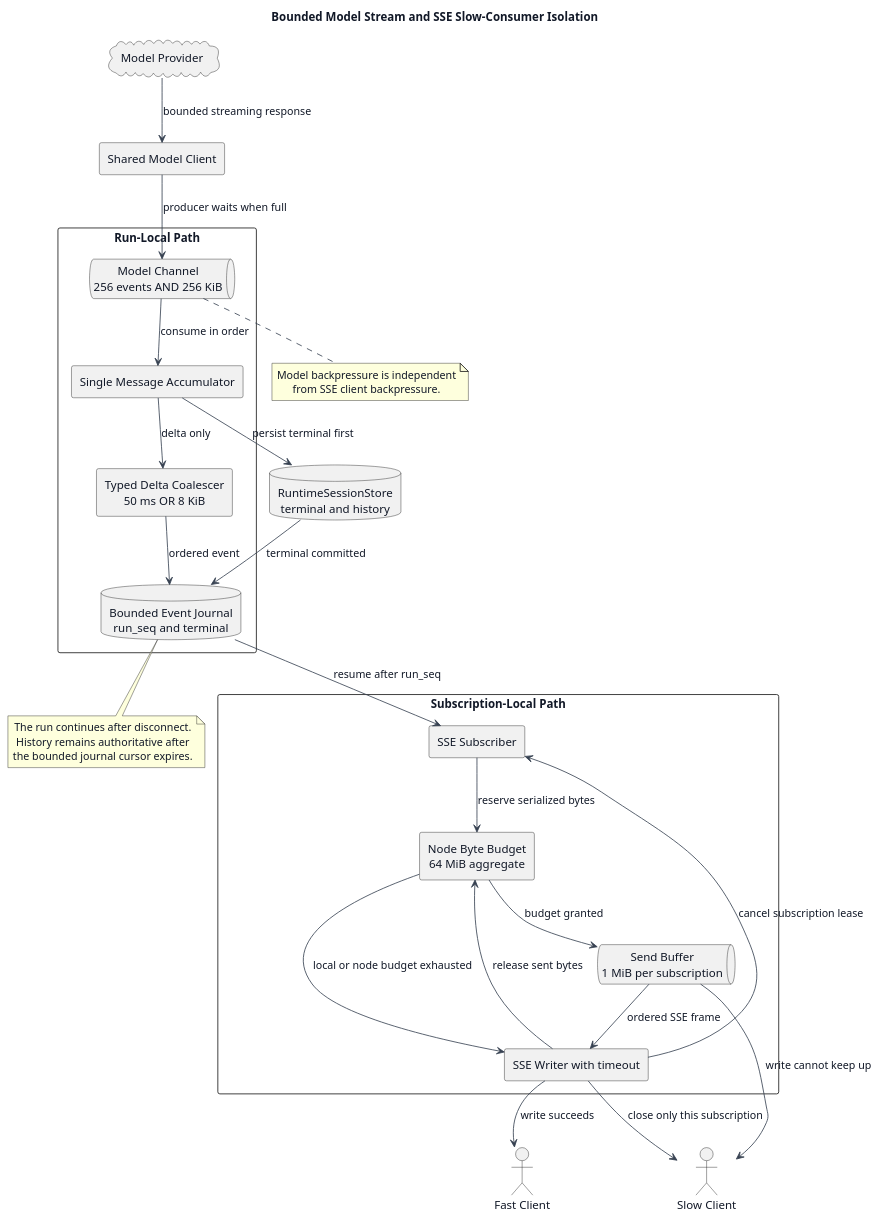
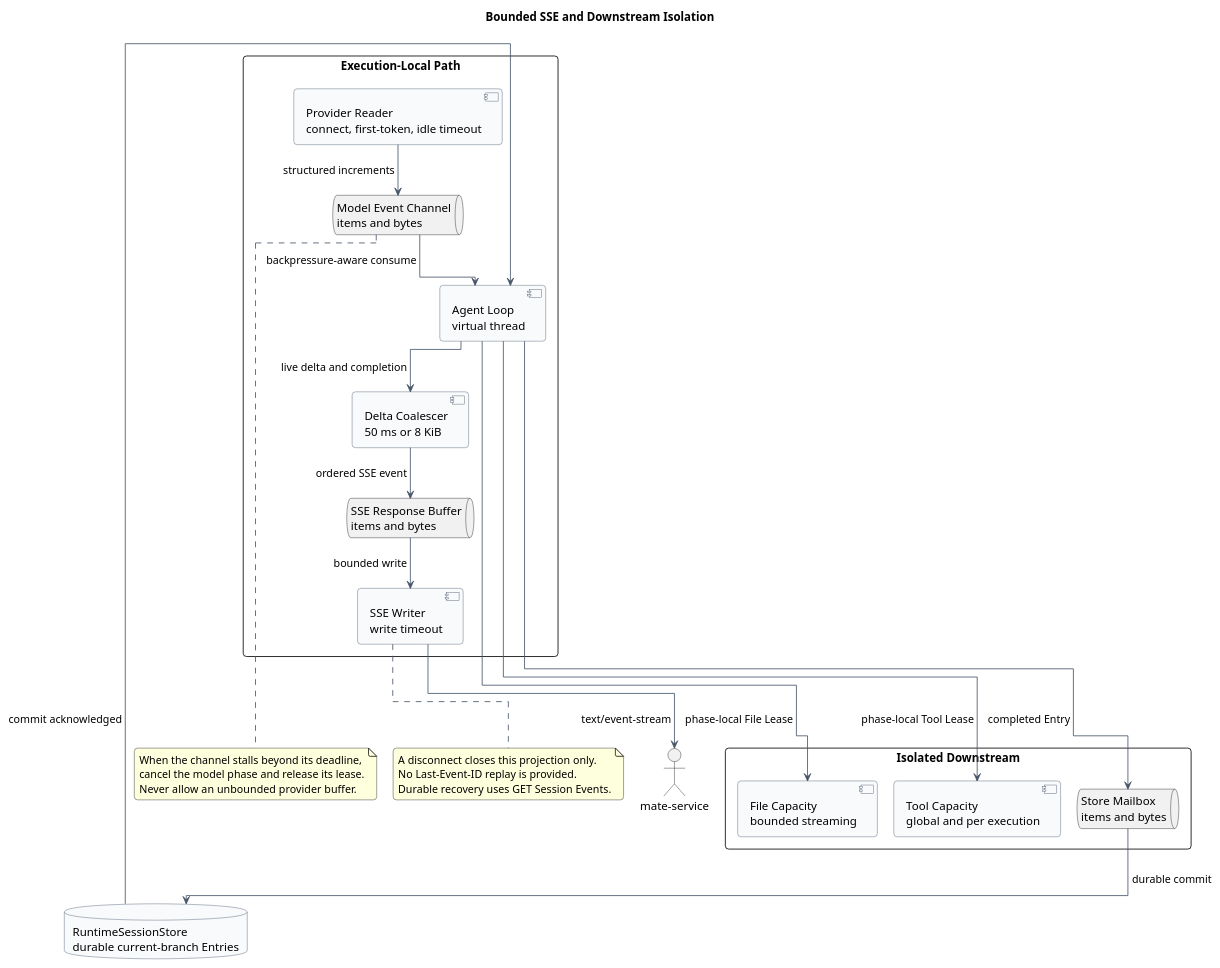
Before and after one commit to ssm0808/pi-mono-java-design: the third of 3 diagrams in virtual-thread-concurrency-management/diagram.puml, drawn with PlantUML. The commit also changed other lines of this file and 61 other files, not shown here.

```diff
--- a/virtual-thread-concurrency-management/diagram.puml
+++ b/virtual-thread-concurrency-management/diagram.puml
@@ -172,62 +160,62 @@
 @startuml bounded_sse_and_downstream
-title Bounded Model Stream and SSE Slow-Consumer Isolation
+!pragma layout elk
+title Bounded SSE and Downstream Isolation
+
+' Source evidence:
+' modules/agent-core/src/main/java/com/campusclaw/agent/loop/AgentLoop.java, consumeStream
+' modules/ai/src/main/java/com/campusclaw/ai/stream/EventStream.java, unicast backpressure buffer
+' Observed behavior: model events are consumed as a blocking stream with a buffered sink.
+' Security hardening: every channel has explicit item and byte budgets and redacted failures.
+' Design reason: one slow response must not retain provider, tool, file, or store capacity forever.
 
 skinparam backgroundColor #FFFFFF
-skinparam defaultFontColor #111827
-skinparam componentStyle rectangle
 skinparam shadowing false
-skinparam defaultTextAlignment center
-skinparam ArrowColor #374151
+skinparam roundcorner 8
+skinparam ArrowColor #475569
+skinparam ComponentBorderColor #475569
+skinparam ComponentBackgroundColor #F8FAFC
+skinparam DatabaseBorderColor #475569
+skinparam DatabaseBackgroundColor #F8FAFC
 
-cloud "Model Provider" as provider
-component "Shared Model Client" as model_client
-
-rectangle "Run-Local Path" {
-  queue "Model Channel\n256 events AND 256 KiB" as model_channel
-  component "Single Message Accumulator" as accumulator
-  component "Typed Delta Coalescer\n50 ms OR 8 KiB" as coalescer
-  database "Bounded Event Journal\nrun_seq and terminal" as journal
+rectangle "Execution-Local Path" {
+  component "Provider Reader\nconnect, first-token, idle timeout" as provider
+  queue "Model Event Channel\nitems and bytes" as model_channel
+  component "Agent Loop\nvirtual thread" as loop
+  component "Delta Coalescer\n50 ms or 8 KiB" as coalescer
+  queue "SSE Response Buffer\nitems and bytes" as buffer
+  component "SSE Writer\nwrite timeout" as writer
 }
 
-rectangle "Subscription-Local Path" {
-  component "SSE Subscriber" as subscriber
-  queue "Send Buffer\n1 MiB per subscription" as send_buffer
-  component "Node Byte Budget\n64 MiB aggregate" as node_budget
-  component "SSE Writer with timeout" as writer
+rectangle "Isolated Downstream" {
+  component "Tool Capacity\nglobal and per execution" as tools
+  component "File Capacity\nbounded streaming" as files
+  queue "Store Mailbox\nitems and bytes" as mailbox
 }
 
-database "RuntimeSessionStore\nterminal and history" as store
-actor "Fast Client" as fast
-actor "Slow Client" as slow
+database "RuntimeSessionStore\ndurable current-branch Entries" as store
+actor "mate-service" as client
 
-provider --> model_client : bounded streaming response
-model_client --> model_channel : producer waits when full
-model_channel --> accumulator : consume in order
-accumulator --> coalescer : delta only
-coalescer --> journal : ordered event
-accumulator --> store : persist terminal first
-store --> journal : terminal committed
-
-journal --> subscriber : resume after run_seq
-subscriber --> node_budget : reserve serialized bytes
-node_budget --> send_buffer : budget granted
-send_buffer --> writer : ordered SSE frame
-writer --> fast : write succeeds
-writer --> node_budget : release sent bytes
-
-send_buffer --> slow : write cannot keep up
-node_budget --> writer : local or node budget exhausted
-writer --> slow : close only this subscription
-writer --> subscriber : cancel subscription lease
+provider --> model_channel : structured increments
+model_channel --> loop : backpressure-aware consume
+loop --> tools : phase-local Tool Lease
+loop --> files : phase-local File Lease
+loop --> mailbox : completed Entry
+mailbox --> store : durable commit
+store --> loop : commit acknowledged
+loop --> coalescer : live delta and completion
+coalescer --> buffer : ordered SSE event
+buffer --> writer : bounded write
+writer --> client : text/event-stream
 
 note bottom of model_channel
-  Model backpressure is independent
-  from SSE client backpressure.
+When the channel stalls beyond its deadline,
+cancel the model phase and release its lease.
+Never allow an unbounded provider buffer.
 end note
 
-note bottom of journal
-  The run continues after disconnect.
-  History remains authoritative after
-  the bounded journal cursor expires.
+note bottom of writer
+A disconnect closes this projection only.
+No Last-Event-ID replay is provided.
+Durable recovery uses GET Session Events.
 end note
 @enduml
```
